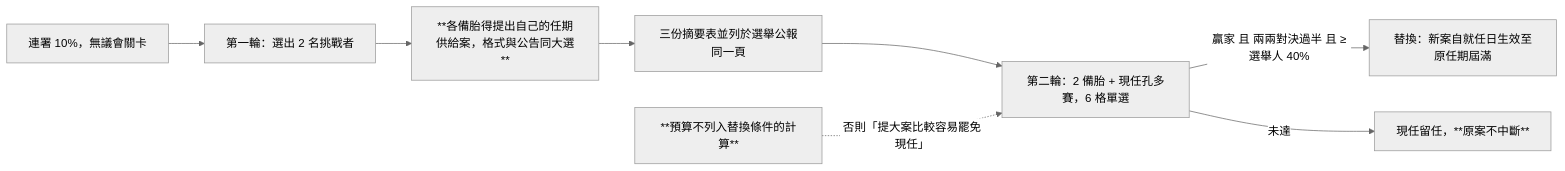
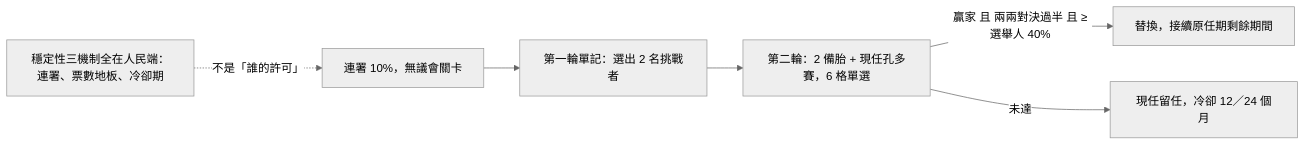
The tenth of 10 diagrams in topics/regime-designs/designs/台灣/一院總統制-測試/憲政架構圖.md (IRonROOT578/Political-Economy-Research-Public), drawn with Mermaid (neutral theme) before and after one commit. The commit also changed other lines of this file and 128 other files, not shown here.

````diff
--- a/topics/regime-designs/designs/台灣/一院總統制-測試/憲政架構圖.md
+++ b/topics/regime-designs/designs/台灣/一院總統制-測試/憲政架構圖.md
@@ -58,10 +145,9 @@
 ```mermaid
 flowchart LR
-  Sign[連署 10%，無議會關卡] --> R1[第一輪：選出 2 名挑戰者]
-  R1 --> Bud[**各備胎得提出自己的任期供給案，格式與公告同大選**]
-  Bud --> Show[三份摘要表並列於選舉公報同一頁]
-  Show --> R2[第二輪：2 備胎 + 現任孔多賽，6 格單選]
-  R2 -->|贏家 且 兩兩對決過半 且 ≥選舉人 40%| New[替換：新案自就任日生效至原任期屆滿]
-  R2 -->|未達| Stay[現任留任，**原案不中斷**]
-  NoEffect[**預算不列入替換條件的計算**] -.->|否則「提大案比較容易罷免現任」| R2
+  Sign[連署 10%，無議會關卡] --> R1[第一輪單記：選出 2 名挑戰者]
+  R1 --> R2[第二輪：2 備胎 + 現任孔多賽，6 格單選]
+  R2 -->|贏家 且 兩兩對決過半 且 ≥選舉人 40%| Change[替換，接續原任期剩餘期間]
+  R2 -->|未達| Stay[現任留任，冷卻 12／24 個月]
+  Stable[穩定性三機制全在人民端：連署、票數地板、冷卻期]
+  Stable -.->|不是「誰的許可」| Sign
 ```
````
